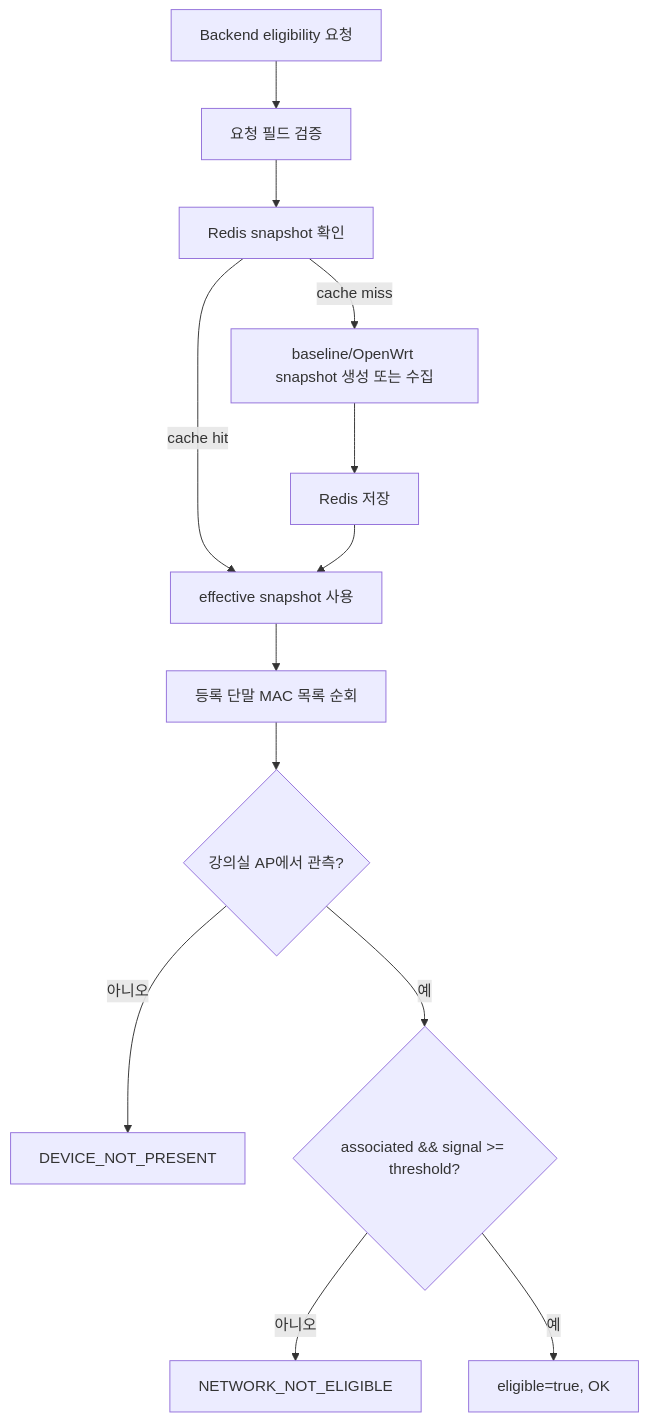
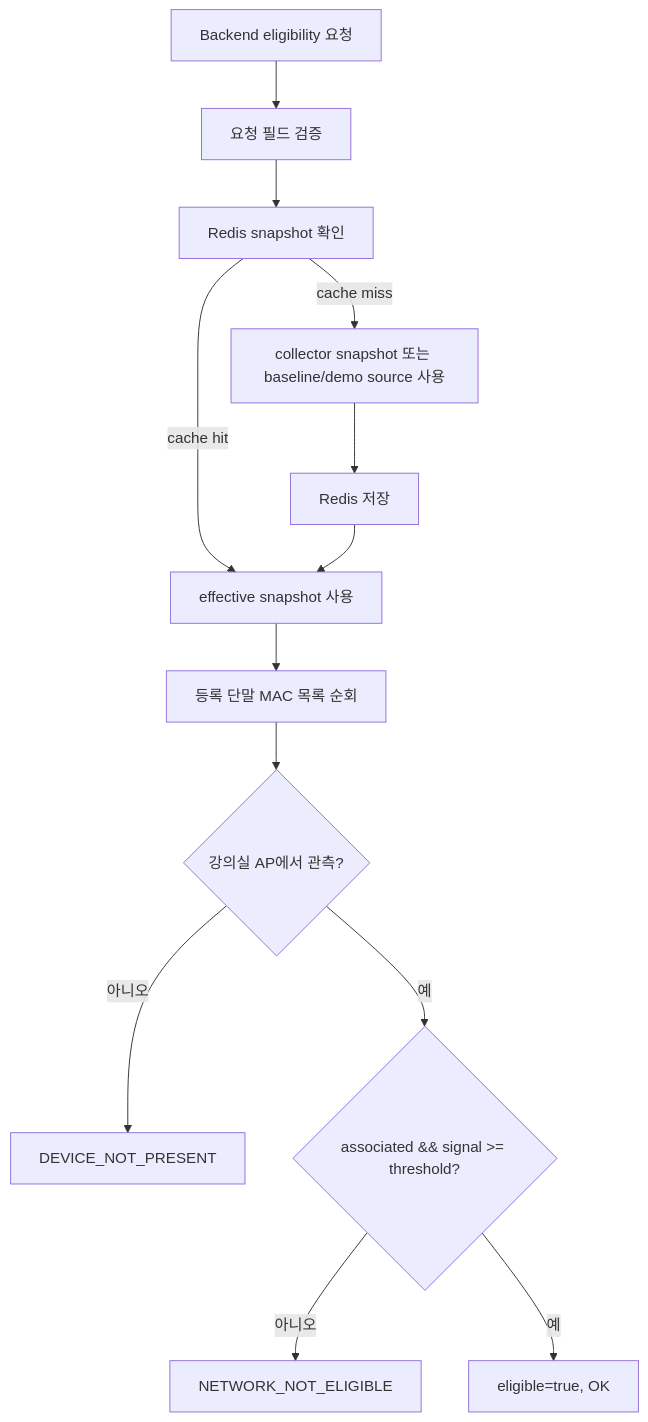
One commit to ChosunUniv2026Capstone/docs changed the first of 3 diagrams in 08-reports/10-body/12-presence-service-flows.md. Above: the diagram before and after it, drawn with Mermaid. The commit also changed other lines of this file and 17 other files, not shown here.

````diff
--- a/08-reports/10-body/12-presence-service-flows.md
+++ b/08-reports/10-body/12-presence-service-flows.md
@@ -38,15 +40,15 @@
 ```mermaid
 flowchart TD
   A[Backend eligibility 요청] --> B[요청 필드 검증]
   B --> C[Redis snapshot 확인]
   C -->|cache hit| D[effective snapshot 사용]
-  C -->|cache miss| E[baseline/OpenWrt snapshot 생성 또는 수집]
+  C -->|cache miss| E[collector snapshot 또는 baseline/demo source 사용]
   E --> F[Redis 저장]
   F --> D
   D --> G[등록 단말 MAC 목록 순회]
   G --> H{강의실 AP에서 관측?}
   H -- 아니오 --> I[DEVICE_NOT_PRESENT]
   H -- 예 --> J{associated && signal >= threshold?}
   J -- 아니오 --> K[NETWORK_NOT_ELIGIBLE]
   J -- 예 --> L[eligible=true, OK]
 ```
````
